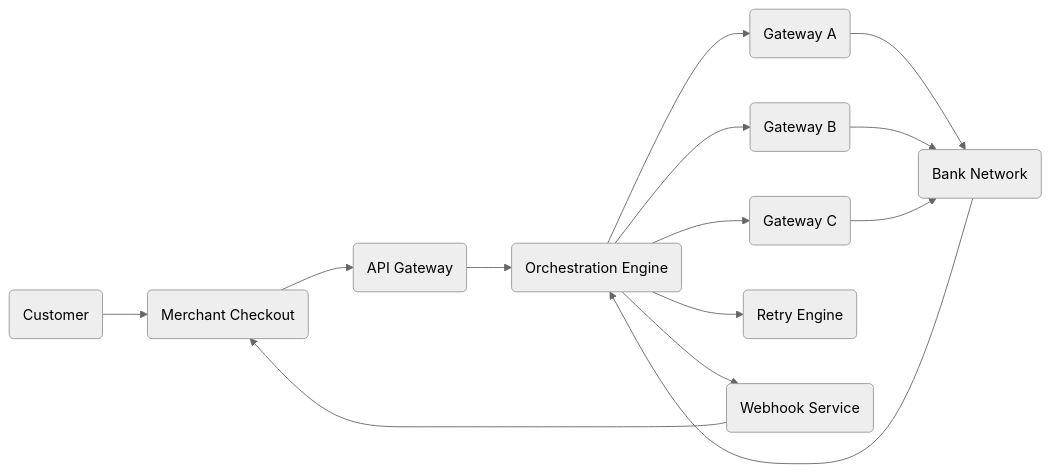
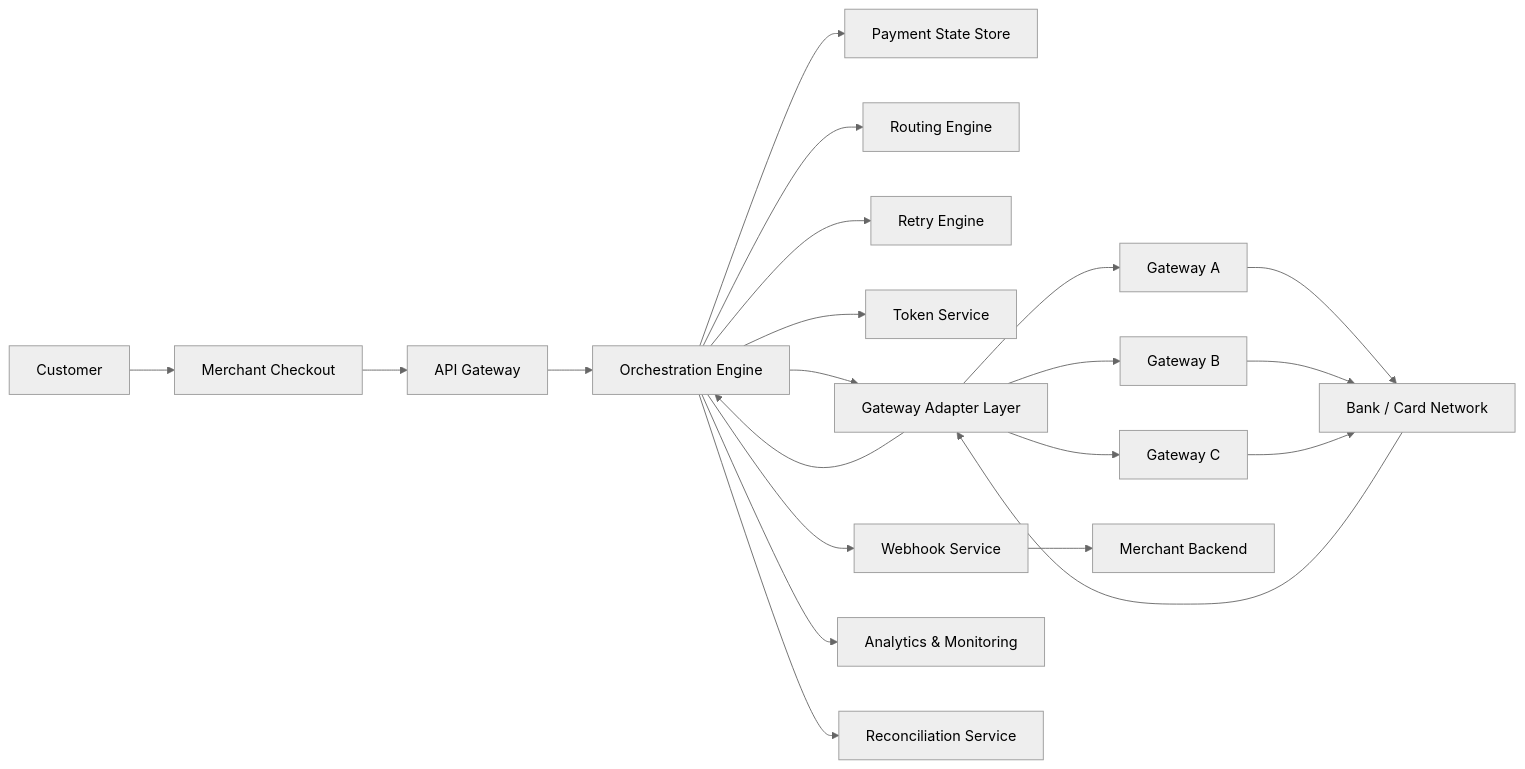
The first of 3 diagrams in README.md (ankitpmtech/payment-orchestration-case-study), drawn with Mermaid (neutral theme) before and after one commit. The commit also changed other lines of this file, not shown here.

````diff
--- a/README.md
+++ b/README.md
@@ -101,21 +138,30 @@
 ```mermaid
 graph LR
 
-A(Customer) --> B(Merchant Checkout)
-B --> C(API Gateway)
-C --> D(Orchestration Engine)
+A[Customer] --> B[Merchant Checkout]
+B --> C[API Gateway]
+C --> D[Orchestration Engine]
 
-D --> E(Gateway A)
-D --> F(Gateway B)
-D --> G(Gateway C)
+D --> E[Payment State Store]
+D --> F[Routing Engine]
+D --> G[Retry Engine]
+D --> H[Token Service]
+D --> I[Gateway Adapter Layer]
 
-E --> H(Bank Network)
-F --> H
-G --> H
+I --> J[Gateway A]
+I --> K[Gateway B]
+I --> L[Gateway C]
 
-H --> D
-D --> I(Retry Engine)
-D --> J(Webhook Service)
+J --> M[Bank / Card Network]
+K --> M
+L --> M
 
-J --> B
+M --> I
+I --> D
+
+D --> N[Webhook Service]
+N --> O[Merchant Backend]
+
+D --> P[Analytics & Monitoring]
+D --> Q[Reconciliation Service]
 ```
````
